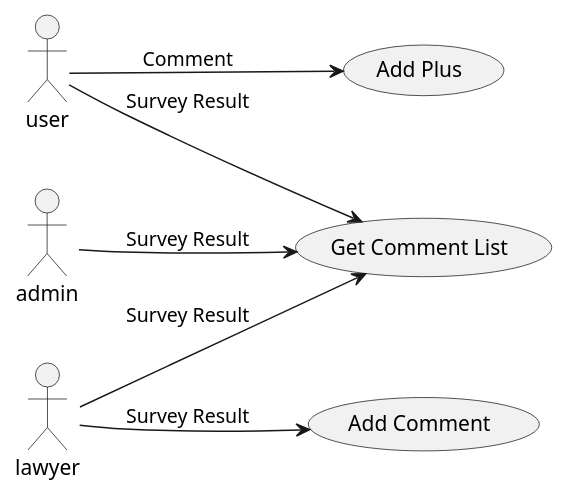
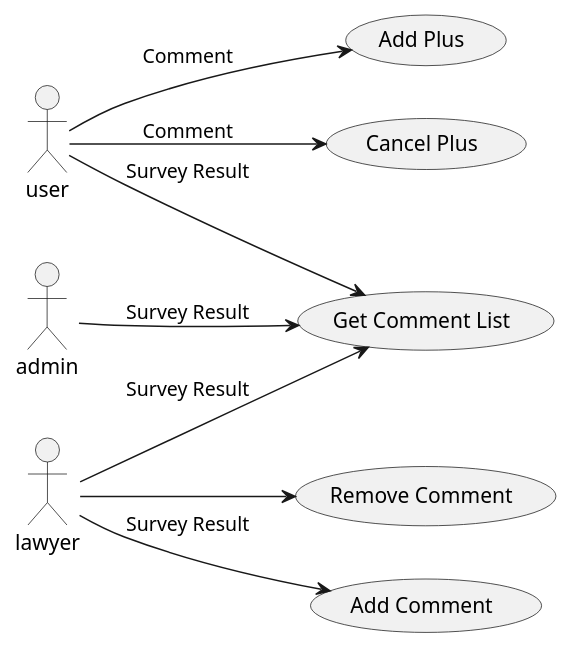
Before and after one commit to cryS4tal/degign: the diagram in tmindtech/comment/comment.usecase.puml.md, drawn with PlantUML. The commit also changed 6 other files, not shown here.

````diff
--- a/tmindtech/comment/comment.usecase.puml.md
+++ b/tmindtech/comment/comment.usecase.puml.md
@@ -1,13 +1,15 @@
 ```plantuml
 @startuml
 left to right direction
 
 user --> (Get Comment List) : Survey Result
 user --> (Add Plus) : Comment
+user --> (Cancel Plus) : Comment
 
 lawyer --> (Get Comment List) : Survey Result
 lawyer --> (Add Comment) : Survey Result
+lawyer --> (Remove Comment)
 
 admin --> (Get Comment List) : Survey Result
 @enduml
 ```
````
